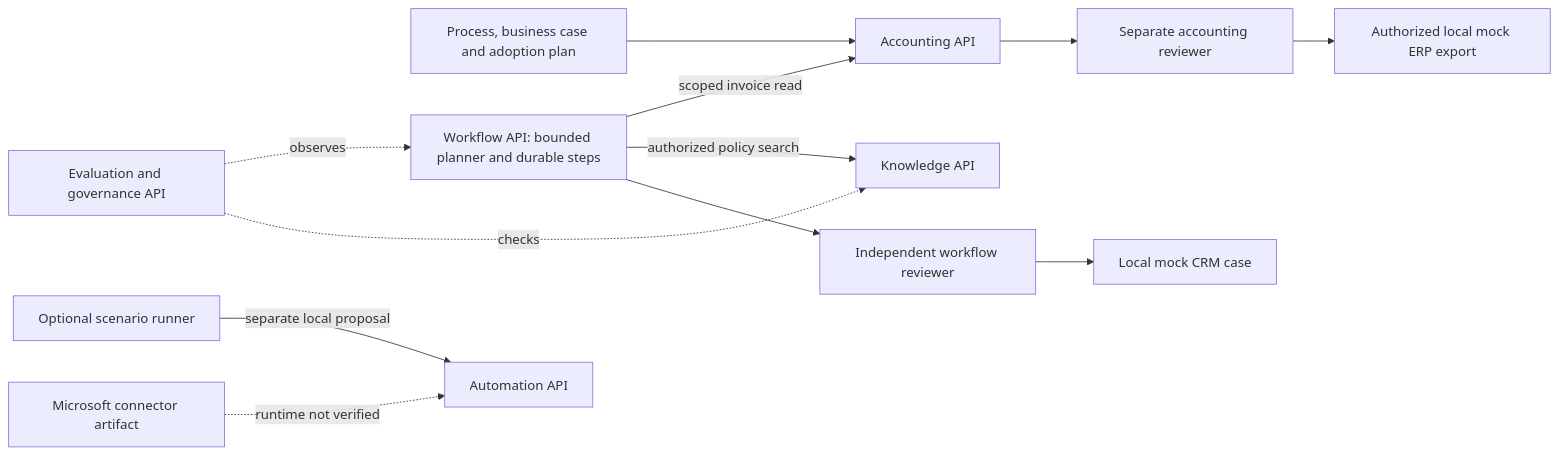
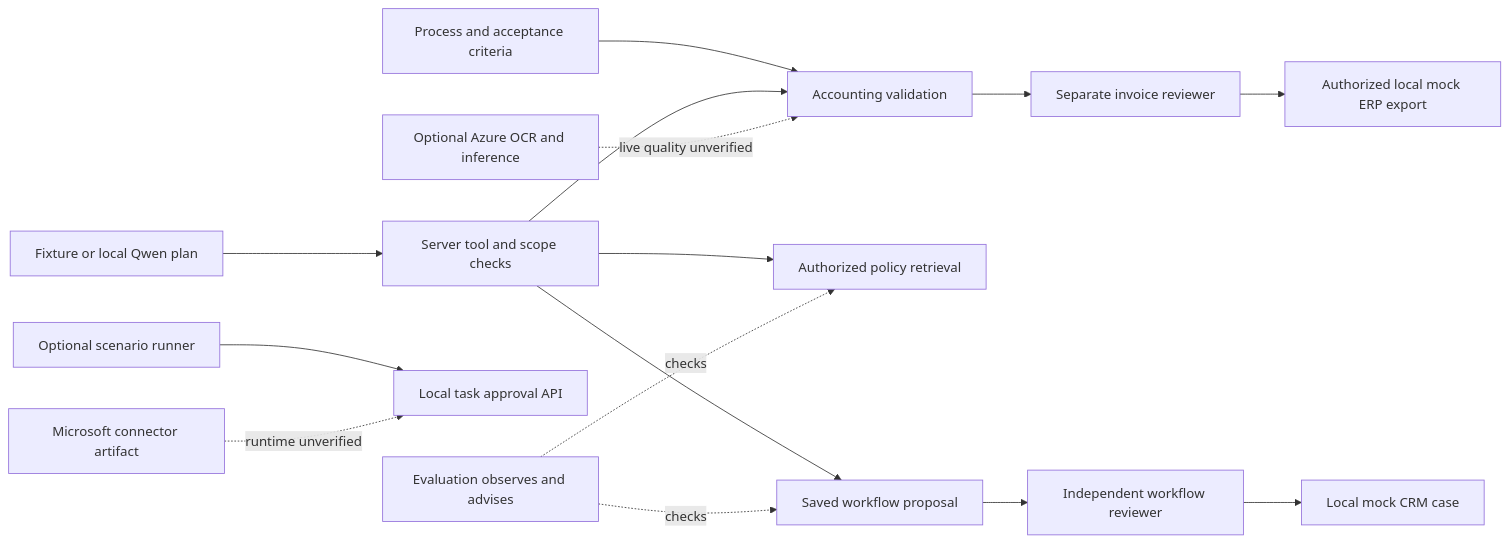
Before and after one commit to phlppgdfry/ai-transformation-playbook: the diagram in portfolio/SHOWCASE.md, drawn with Mermaid. The commit also changed other lines of this file and 43 other files, not shown here.

````diff
--- a/portfolio/SHOWCASE.md
+++ b/portfolio/SHOWCASE.md
@@ -24,14 +32,17 @@
 ```mermaid
 flowchart LR
-  Business[Process, business case and adoption plan] --> Invoice[Accounting API]
-  Workflow[Workflow API: bounded planner and durable steps] -->|scoped invoice read| Invoice
-  Workflow -->|authorized policy search| Knowledge[Knowledge API]
-  Workflow --> Reviewer[Independent workflow reviewer]
+  Business[Process and acceptance criteria] --> Invoice[Accounting validation]
+  Planner[Fixture or local Qwen plan] --> Guard[Server tool and scope checks]
+  Guard --> Invoice
+  Guard --> Knowledge[Authorized policy retrieval]
+  Guard --> Proposal[Saved workflow proposal]
+  Proposal --> Reviewer[Independent workflow reviewer]
   Reviewer --> CRM[Local mock CRM case]
-  Invoice --> Finance[Separate accounting reviewer]
+  Invoice --> Finance[Separate invoice reviewer]
   Finance --> ERP[Authorized local mock ERP export]
-  Evals[Evaluation and governance API] -. observes .-> Workflow
-  Evals -. checks .-> Knowledge
-  Runner[Optional scenario runner] -->|separate local proposal| Automation[Automation API]
-  Artifact[Microsoft connector artifact] -. runtime not verified .-> Automation
+  Evals[Evaluation observes and advises] -. checks .-> Knowledge
+  Evals -. checks .-> Proposal
+  Runner[Optional scenario runner] --> Automation[Local task approval API]
+  Microsoft[Microsoft connector artifact] -. runtime unverified .-> Automation
+  Azure[Optional Azure OCR and inference] -. live quality unverified .-> Invoice
 ```
````
